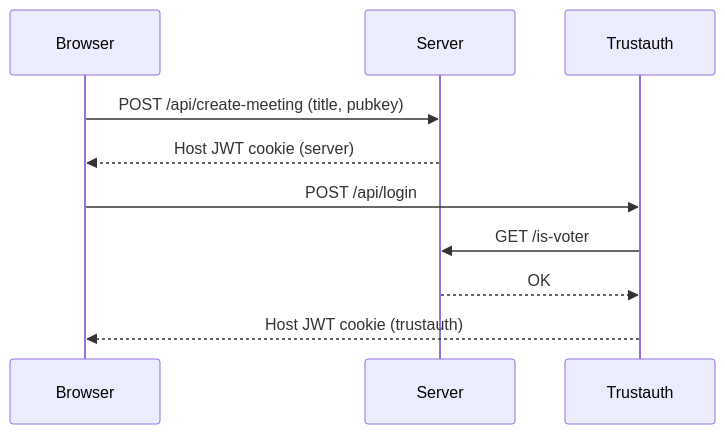
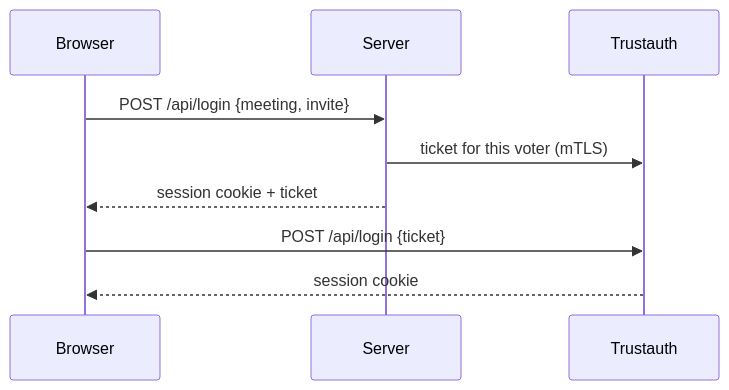
One commit to fsek/rustsystem changed the second of 3 diagrams in README.md. Above: the diagram before and after it, drawn with Mermaid. The commit also changed other lines of this file and 163 other files, not shown here.

````diff
--- a/README.md
+++ b/README.md
@@ -171,13 +114,11 @@
 ```mermaid
 sequenceDiagram
     participant B as Browser
     participant S as Server
     participant T as Trustauth
-
-    B->>S: POST /api/create-meeting (title, pubkey)
-    S-->>B: Host JWT cookie (server)
-    B->>T: POST /api/login
-    T->>S: GET /is-voter
-    S-->>T: OK
-    T-->>B: Host JWT cookie (trustauth)
+    B->>S: POST /api/login {meeting, invite}
+    S->>T: ticket for this voter (mTLS)
+    S-->>B: session cookie + ticket
+    B->>T: POST /api/login {ticket}
+    T-->>B: session cookie
 ```
````
